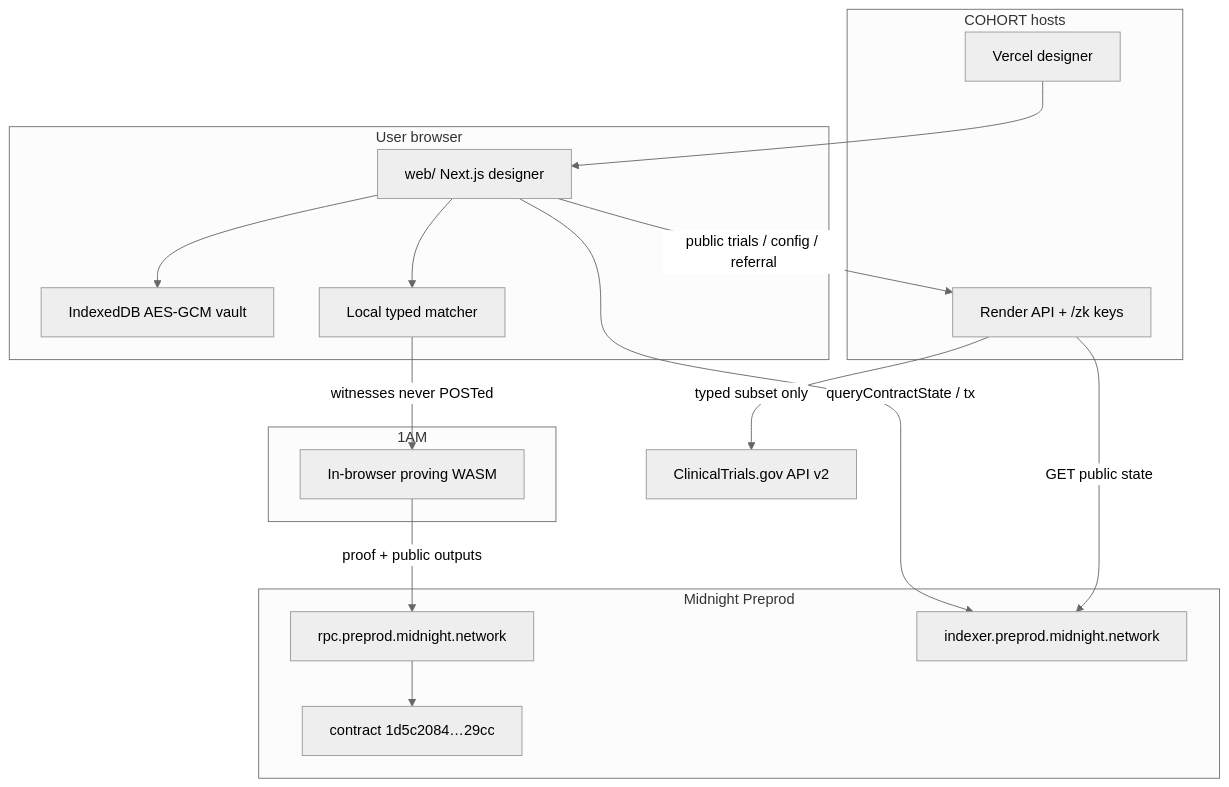
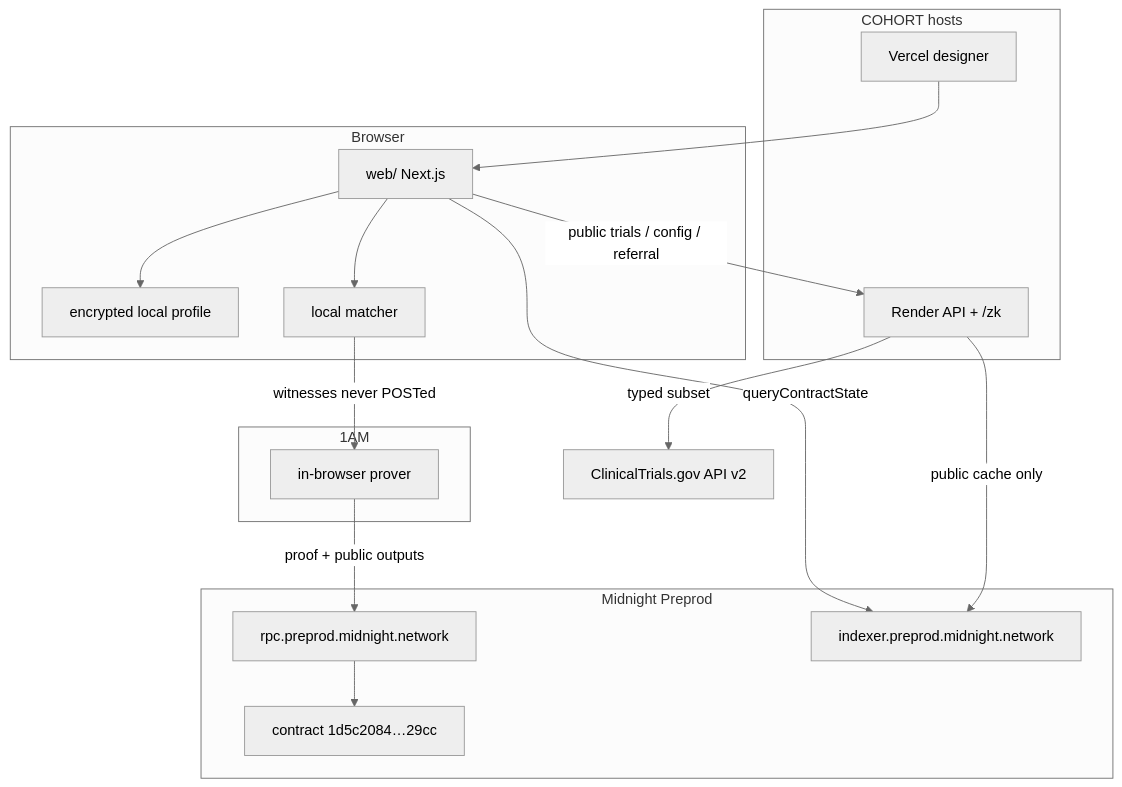
One commit to Mr-Ben-dev/COHORT changed the third of 7 diagrams in README.md. Above: the diagram before and after it, drawn with Mermaid (neutral theme). The commit also changed other lines of this file and 7 other files, not shown here.

````diff
--- a/README.md
+++ b/README.md
@@ -96,31 +205,31 @@
 ```mermaid
 flowchart TB
-  subgraph browser [User browser]
-    UI[web/ Next.js designer]
-    Vault[IndexedDB AES-GCM vault]
-    Match[Local typed matcher]
+  subgraph browser [Browser]
+    UI[web/ Next.js]
+    Vault[encrypted local profile]
+    Match[local matcher]
     UI --> Vault
     UI --> Match
   end
   subgraph wallet [1AM]
-    WASM[In-browser proving WASM]
+    WASM[in-browser prover]
   end
-  subgraph cohort [COHORT hosts]
-    API[Render API + /zk keys]
+  subgraph hosts [COHORT hosts]
+    API[Render API + /zk]
     Vercel[Vercel designer]
   end
   subgraph midnight [Midnight Preprod]
     Node[rpc.preprod.midnight.network]
     Idx[indexer.preprod.midnight.network]
     C[contract 1d5c2084…29cc]
   end
   CT[ClinicalTrials.gov API v2]
   Vercel --> UI
   UI -->|public trials / config / referral| API
-  API -->|typed subset only| CT
+  API -->|typed subset| CT
   Match -->|witnesses never POSTed| WASM
   WASM -->|proof + public outputs| Node
   Node --> C
-  UI -->|queryContractState / tx| Idx
-  API -->|GET public state| Idx
+  UI -->|queryContractState| Idx
+  API -->|public cache only| Idx
 ```
````
